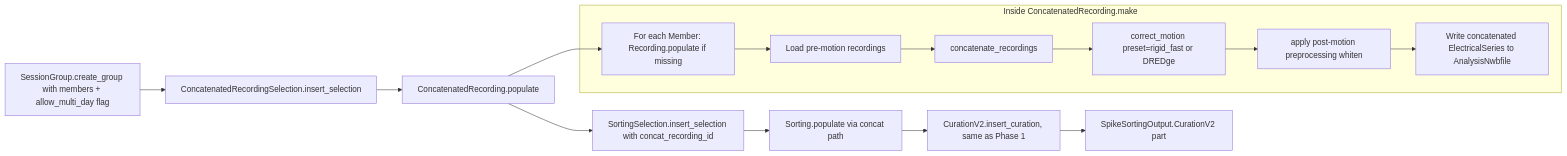
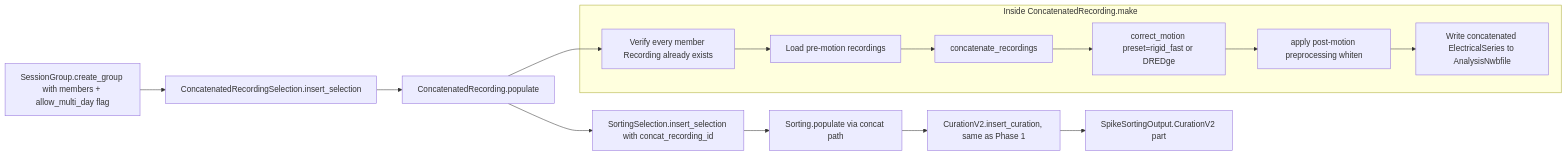
One commit to LorenFrankLab/spyglass changed the second of 2 diagrams in .claude/docs/plans/spikesorting-v2/diagrams/03-phase-3.md. Above: the diagram before and after it, drawn with Mermaid. The commit also changed other lines of this file and 10 other files, not shown here.

````diff
--- a/.claude/docs/plans/spikesorting-v2/diagrams/03-phase-3.md
+++ b/.claude/docs/plans/spikesorting-v2/diagrams/03-phase-3.md
@@ -84,19 +84,19 @@
 ```mermaid
 flowchart LR
     A[SessionGroup.create_group with members + allow_multi_day flag] --> B[ConcatenatedRecordingSelection.insert_selection]
     B --> C[ConcatenatedRecording.populate]
     C --> D[SortingSelection.insert_selection with concat_recording_id]
     D --> E[Sorting.populate via concat path]
     E --> F[CurationV2.insert_curation, same as Phase 1]
     F --> G[SpikeSortingOutput.CurationV2 part]
 
     subgraph "Inside ConcatenatedRecording.make"
-        C1[For each Member: Recording.populate if missing] --> C2[Load pre-motion recordings]
+        C1[Verify every member Recording already exists] --> C2[Load pre-motion recordings]
         C2 --> C3[concatenate_recordings]
         C3 --> C4[correct_motion preset=rigid_fast or DREDge]
         C4 --> C5[apply post-motion preprocessing whiten]
         C5 --> C6[Write concatenated ElectricalSeries to AnalysisNwbfile]
     end
 
     C --> C1
 ```
````
